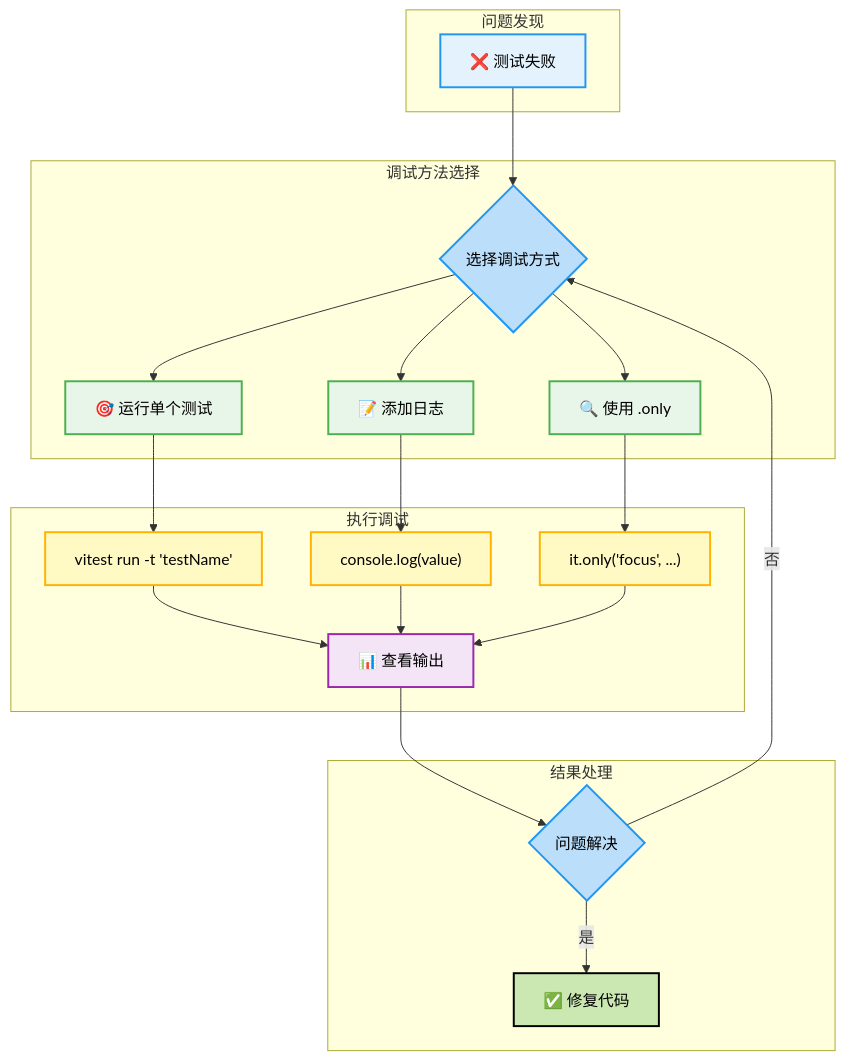
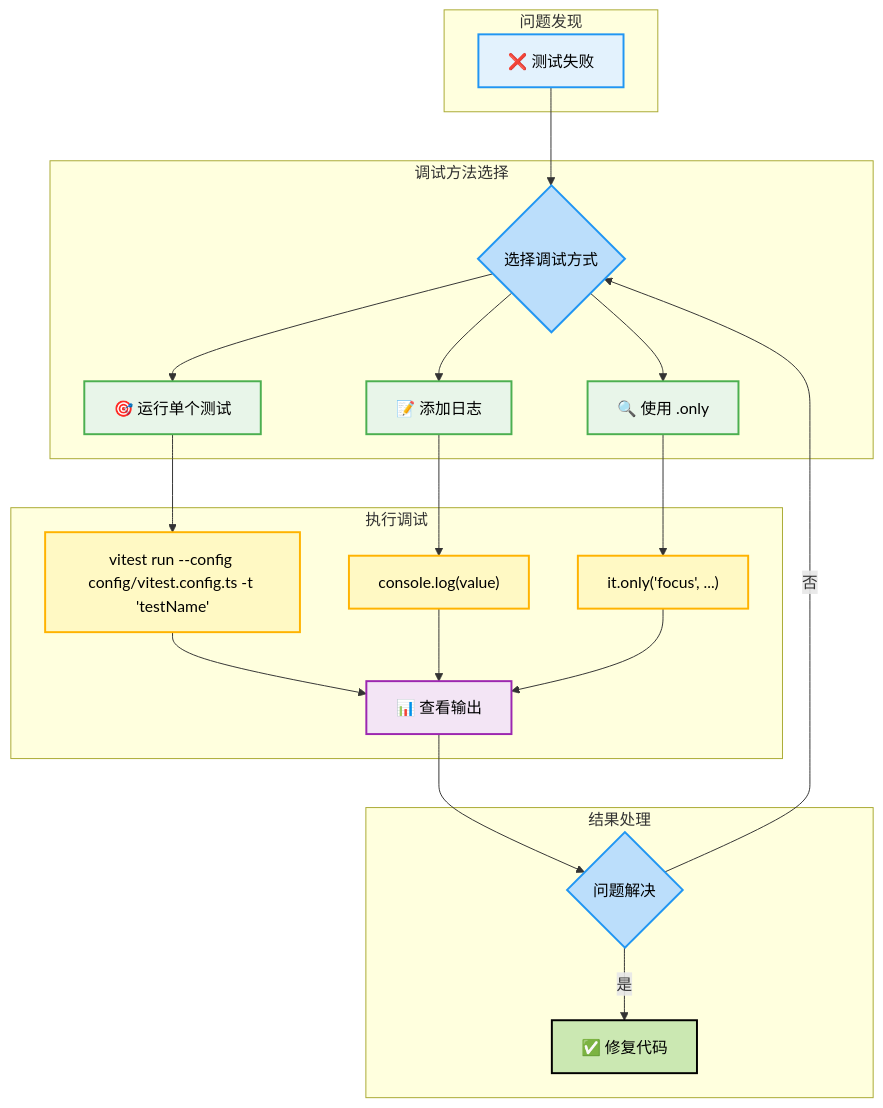
The eighth of 9 diagrams in docs/TESTING_WORKFLOW.md (yuukiLike/iframe-link), drawn with Mermaid before and after one commit. The commit also changed other lines of this file and 31 other files, not shown here.

````diff
--- a/docs/TESTING_WORKFLOW.md
+++ b/docs/TESTING_WORKFLOW.md
@@ -412,40 +412,40 @@
 ```mermaid
 flowchart TD
     subgraph 问题发现
         A[❌ 测试失败]:::statusDisplay
     end
 
     subgraph 调试方法选择
         B{选择调试方式}:::condition
         C[🎯 运行单个测试]:::userAction
         D[📝 添加日志]:::userAction
         E[🔍 使用 .only]:::userAction
     end
 
     subgraph 执行调试
-        F["vitest run -t 'testName'"]:::apiCall
+        F["vitest run --config config/vitest.config.ts -t 'testName'"]:::apiCall
         G["console.log(value)"]:::apiCall
         H["it.only('focus', ...)"]:::apiCall
         I[📊 查看输出]:::dataDisplay
     end
 
     subgraph 结果处理
         J{问题解决}:::condition
         K[✅ 修复代码]:::endNode
     end
 
     A --> B
     B --> C --> F --> I
     B --> D --> G --> I
     B --> E --> H --> I
     I --> J
     J -->|是| K
     J -->|否| B
 
     classDef apiCall fill:#FFF9C4,stroke:#FFB300,stroke-width:2px,color:#000
     classDef dataDisplay fill:#F3E5F5,stroke:#9C27B0,stroke-width:2px,color:#000
     classDef userAction fill:#E8F5E9,stroke:#4CAF50,stroke-width:2px,color:#000
     classDef statusDisplay fill:#E3F2FD,stroke:#2196F3,stroke-width:2px,color:#000
     classDef condition fill:#BBDEFB,stroke:#2196F3,stroke-width:2px,color:#000
     classDef endNode fill:#CBE8B2,stroke:#000,stroke-width:2px,color:#000
 ```
````
